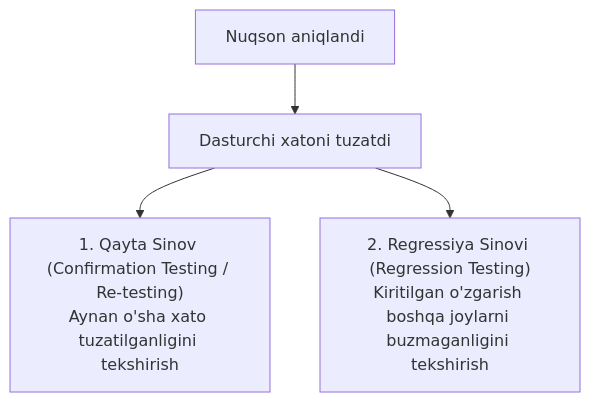
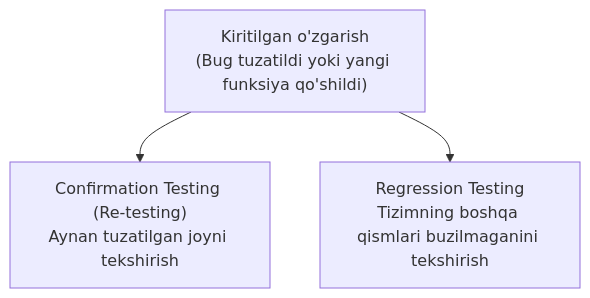
Before and after one commit to Ergashov15/qa-uzbekistan: the sixth of 7 diagrams in app/docs/istqb-foundation/testing-throughout-the-sdlc/page.mdx, drawn with Mermaid. The commit also changed other lines of this file and 5 other files, not shown here.

````diff
--- a/app/docs/istqb-foundation/testing-throughout-the-sdlc/page.mdx
+++ b/app/docs/istqb-foundation/testing-throughout-the-sdlc/page.mdx
@@ -73,6 +409,6 @@
 ```mermaid
 flowchart TD
-    Bug["Nuqson aniqlandi"] --> Fix["Dasturchi xatoni tuzatdi"]
-    Fix --> Conf["1. Qayta Sinov (Confirmation Testing / Re-testing)\nAynan o'sha xato tuzatilganligini tekshirish"]
-    Fix --> Reg["2. Regressiya Sinovi (Regression Testing)\nKiritilgan o'zgarish boshqa joylarni buzmaganligini tekshirish"]
+    Change["Kiritilgan o'zgarish\n(Bug tuzatildi yoki yangi funksiya qo'shildi)"]
+    Change --> CT["Confirmation Testing (Re-testing)\nAynan tuzatilgan joyni tekshirish"]
+    Change --> RT["Regression Testing\nTizimning boshqa qismlari buzilmaganini tekshirish"]
 ```
````
